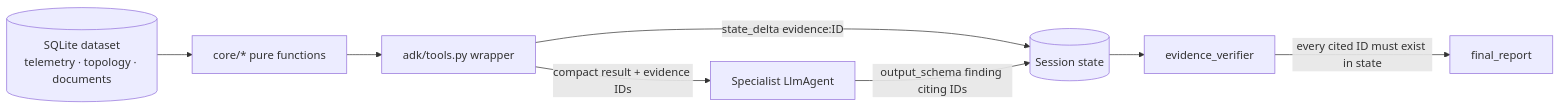
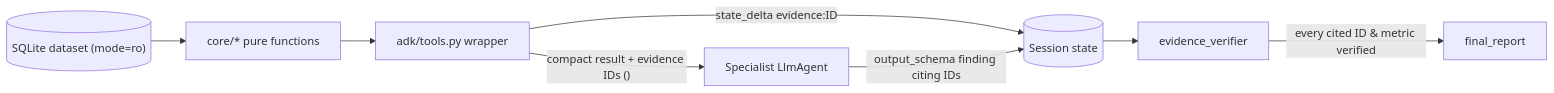
Before and after one commit to AshraHossain/agent-system: the fourth of 5 diagrams in ARCHITECTURE.md, drawn with Mermaid. The commit also changed other lines of this file and 365 other files, not shown here.

````diff
--- a/ARCHITECTURE.md
+++ b/ARCHITECTURE.md
@@ -81,10 +143,10 @@
 ```mermaid
 flowchart LR
-  DB[(SQLite dataset<br/>telemetry · topology · documents)] --> CORE[core/* pure functions]
-  CORE --> WRAP[adk/tools.py wrapper]
-  WRAP -->|compact result + evidence IDs| LLM[Specialist LlmAgent]
-  WRAP -->|state_delta evidence:ID| STATE[(Session state)]
-  LLM -->|output_schema finding citing IDs| STATE
-  STATE --> VER[evidence_verifier]
-  VER -->|every cited ID must exist in state| REPORT[final_report]
+    DB[("SQLite dataset (mode=ro)")] --> CORE["core/* pure functions"]
+    CORE --> WRAP["adk/tools.py wrapper"]
+    WRAP -- "compact result + evidence IDs (<untrusted_context>)" --> LLM["Specialist LlmAgent"]
+    WRAP -- "state_delta evidence:ID" --> STATE[("Session state")]
+    LLM -- "output_schema finding citing IDs" --> STATE
+    STATE --> VER["evidence_verifier"]
+    VER -- "every cited ID & metric verified" --> REPORT["final_report"]
 ```
````
